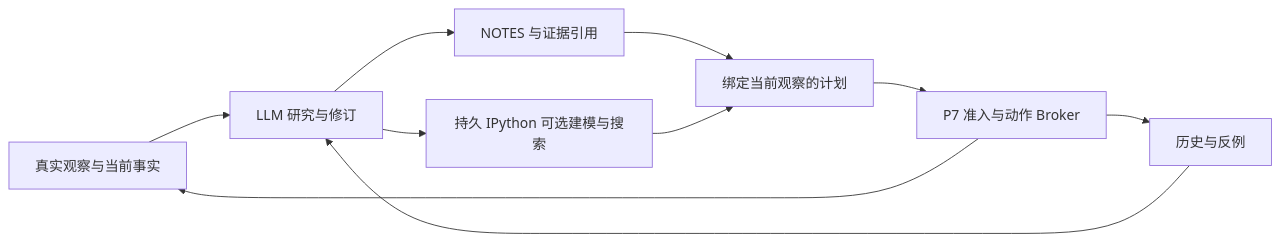
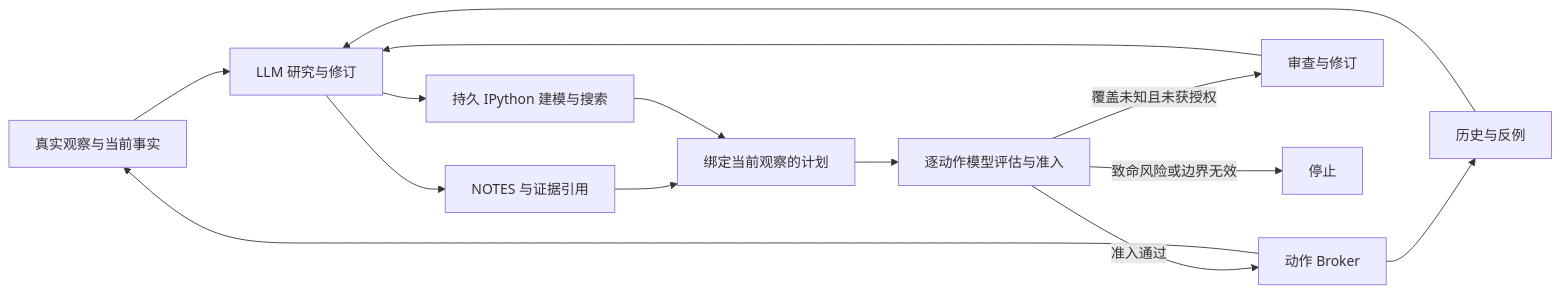
One commit to uukuguy/asterion changed the diagram in README.zh-CN.md. Above: the diagram before and after it, drawn with Mermaid. The commit also changed other lines of this file and 3 other files, not shown here.

````diff
--- a/README.zh-CN.md
+++ b/README.zh-CN.md
@@ -66,12 +61,16 @@
 ```mermaid
 flowchart LR
     O[真实观察与当前事实] --> L[LLM 研究与修订]
     L --> N[NOTES 与证据引用]
-    L --> P[持久 IPython 可选建模与搜索]
+    L --> P[持久 IPython 建模与搜索]
     N --> A[绑定当前观察的计划]
     P --> A
-    A --> B[P7 准入与动作 Broker]
+    A --> G[逐动作模型评估与准入]
+    G -->|准入通过| B[动作 Broker]
+    G -->|覆盖未知且未获授权| R[审查与修订]
+    G -->|致命风险或边界无效| V[停止]
+    R --> L
     B --> O
     B --> E[历史与反例]
     E --> L
 ```
````
